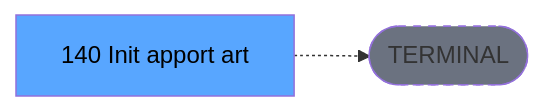
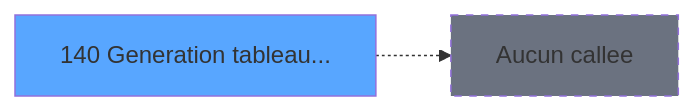
The third of 3 diagrams in .openspec/specs/ADH-IDE-140.md (thonyAGP/magic-migration), drawn with Mermaid before and after one commit. The commit also changed other lines of this file and 311 other files, not shown here.

````diff
--- a/.openspec/specs/ADH-IDE-140.md
+++ b/.openspec/specs/ADH-IDE-140.md
@@ -140,8 +305,8 @@
 ```mermaid
 graph LR
-    T[140 Init apport art]
-    TERM([TERMINAL])
-    T -.-> TERM
-    style TERM fill:#6b7280,stroke-dasharray: 5 5
-    style T fill:#58a6ff,color:#000
+    T140[140 Generation tableau...]
+    style T140 fill:#58a6ff
+    NONE[Aucun callee]
+    T140 -.-> NONE
+    style NONE fill:#6b7280,stroke-dasharray: 5 5
 ```
````
